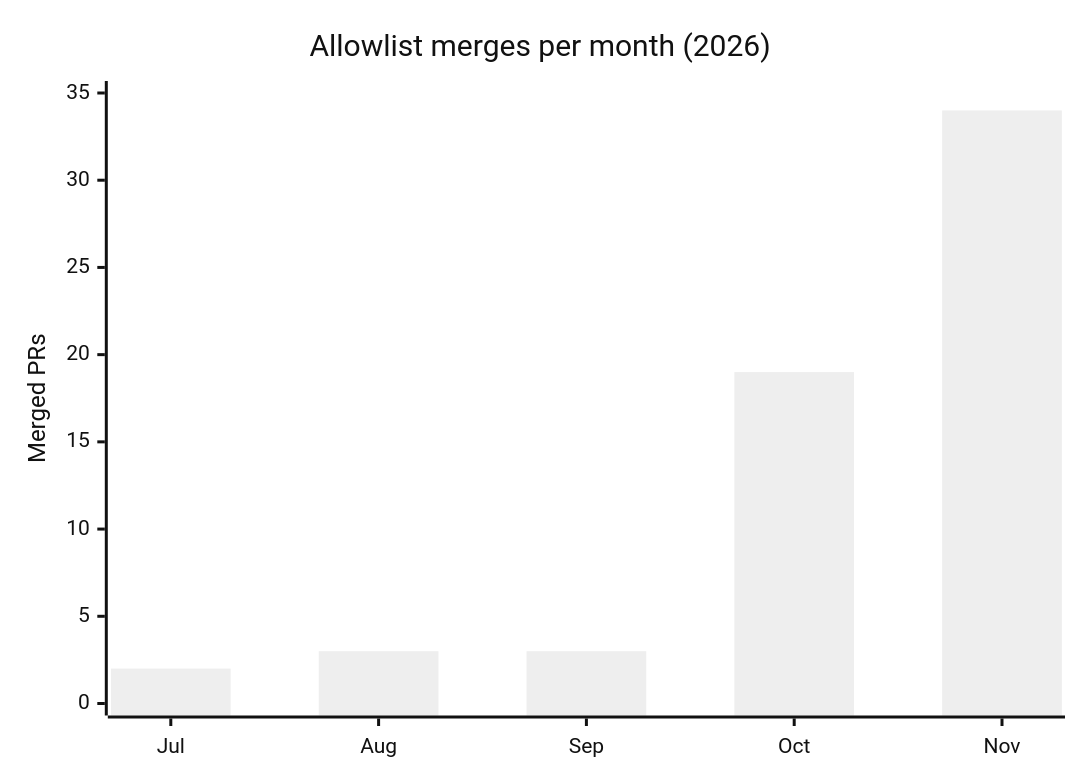
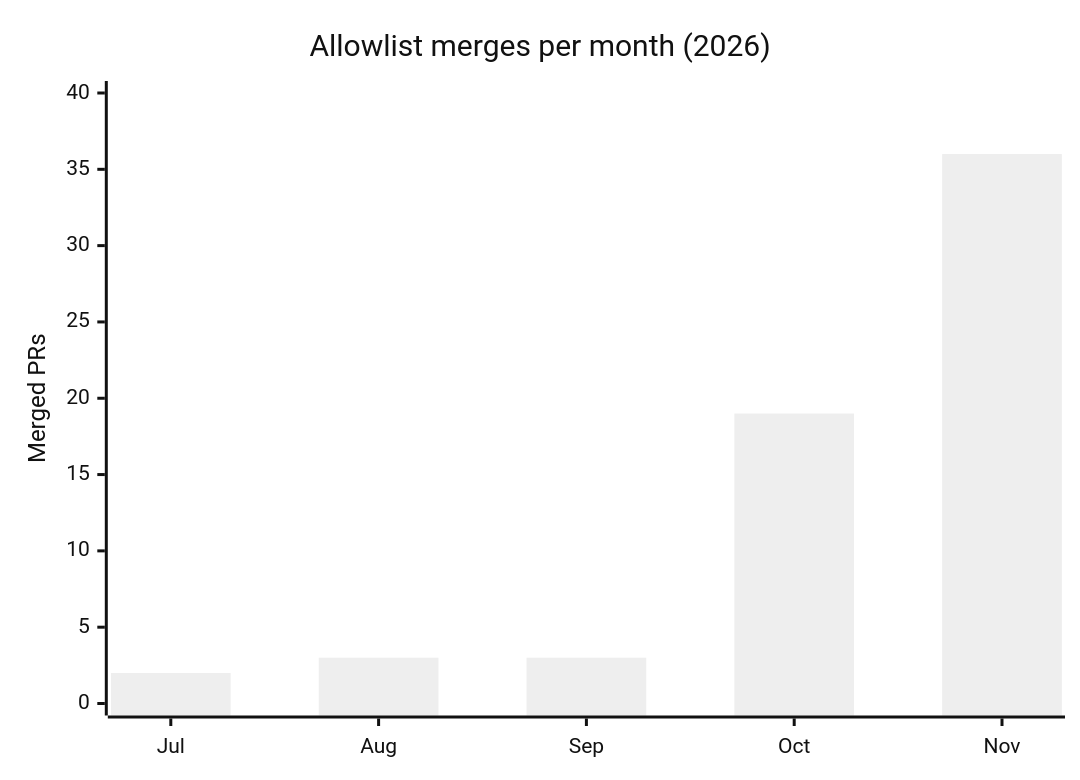
The second of 2 diagrams in README.md (mangeshraut712/mangeshraut712), drawn with Mermaid (neutral theme) before and after one commit. The commit also changed other lines of this file and 3 other files, not shown here.

````diff
--- a/README.md
+++ b/README.md
@@ -270,7 +274,7 @@
 ```mermaid
 xychart-beta
   title "Allowlist merges per month (2026)"
   x-axis [Jul, Aug, Sep, Oct, Nov]
-  y-axis "Merged PRs" 0 --> 35
-  bar [2, 3, 3, 19, 34]
+  y-axis "Merged PRs" 0 --> 40
+  bar [2, 3, 3, 19, 36]
 ```
````
